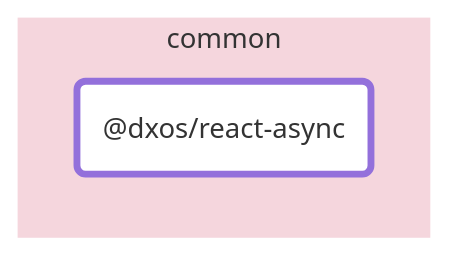
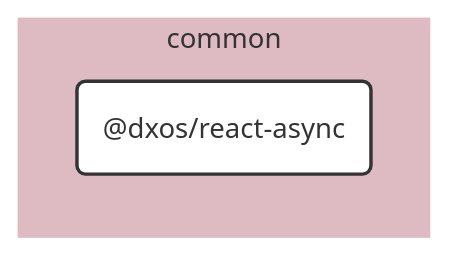
The diagram in packages/common/react-async/docs/README.md (dxos/dxos), drawn with Mermaid before and after one commit. The commit also changed 100 other files, not shown here.

````diff
--- a/packages/common/react-async/docs/README.md
+++ b/packages/common/react-async/docs/README.md
@@ -7,12 +7,25 @@
 ```mermaid
-flowchart LR;
+%%{ init: {'flowchart':{'curve':'basis'}} }%%
 
-style dxos/react-async fill:#fff,stroke-width:4px;
+flowchart LR
+
+%% Links
+
+%% Sections
+subgraph common
+  style common fill:#debac2,stroke:#fff;
+
+  dxos/react-async("@dxos/react-async")
+end
 
 
-subgraph common
-  style common fill:#f5d6dd,stroke:#fff;
-  dxos/react-async("@dxos/react-async");
-end
+%% Hyperlinks
+
+%% Styles
+classDef rootNode fill:#fff,stroke:#333,stroke-width:2px
+classDef defaultNode fill:#fff,stroke:#333,stroke-width:1px
+linkStyle default stroke:#333,stroke-width:1px
+
+dxos/react-async:::rootNode
 
 ```
````
